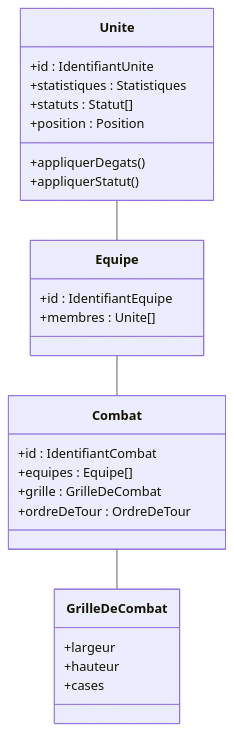
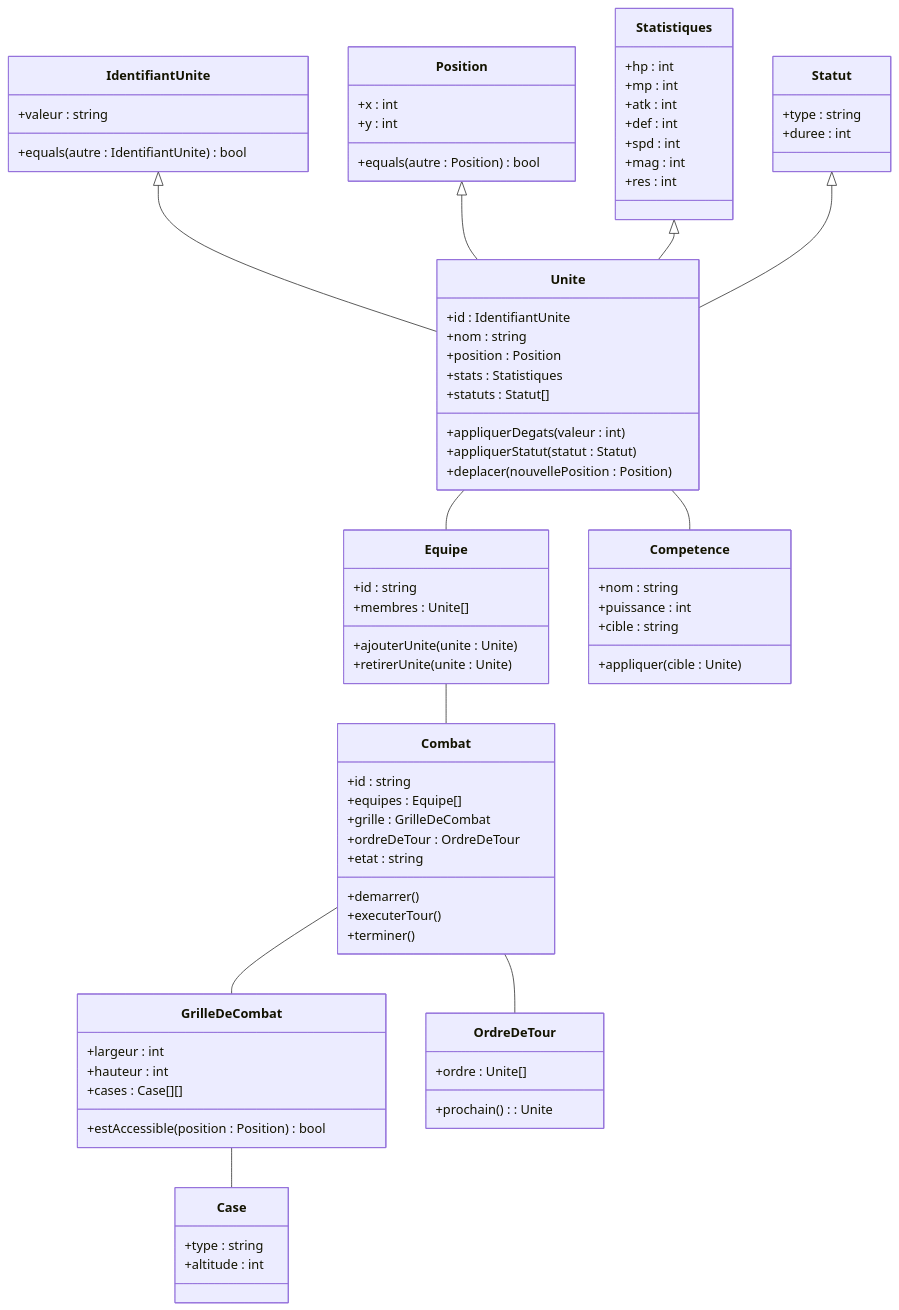
One commit to Gaetan1303/Aether-Engine changed the diagram in doc/diagramme de classe.md. Above: the diagram before and after it, drawn with Mermaid. The commit also changed other lines of this file and 15 other files, not shown here.

Commit message:
création des mermaid et des test unitaires

````diff
--- a/doc/diagramme de classe.md
+++ b/doc/diagramme de classe.md
@@ -3,29 +3,81 @@
 ```mermaid
 classDiagram
+class IdentifiantUnite {
+  +valeur : string
+  +equals(autre : IdentifiantUnite) bool
+}
+class Position {
+  +x : int
+  +y : int
+  +equals(autre : Position) bool
+}
+class Statistiques {
+  +hp : int
+  +mp : int
+  +atk : int
+  +def : int
+  +spd : int
+  +mag : int
+  +res : int
+}
 class Unite {
   +id : IdentifiantUnite
-  +statistiques : Statistiques
+  +nom : string
+  +position : Position
+  +stats : Statistiques
   +statuts : Statut[]
-  +position : Position
-  +appliquerDegats()
-  +appliquerStatut()
+  +appliquerDegats(valeur : int)
+  +appliquerStatut(statut : Statut)
+  +deplacer(nouvellePosition : Position)
+}
+class Statut {
+  +type : string
+  +duree : int
 }
 class Equipe {
-  +id : IdentifiantEquipe
+  +id : string
   +membres : Unite[]
+  +ajouterUnite(unite : Unite)
+  +retirerUnite(unite : Unite)
+}
+class Competence {
+  +nom : string
+  +puissance : int
+  +cible : string
+  +appliquer(cible : Unite)
 }
 class GrilleDeCombat {
-  +largeur
-  +hauteur
-  +cases
+  +largeur : int
+  +hauteur : int
+  +cases : Case[][]
+  +estAccessible(position : Position) bool
+}
+class Case {
+  +type : string
+  +altitude : int
+}
+class OrdreDeTour {
+  +ordre : Unite[]
+  +prochain() : Unite
 }
 class Combat {
-  +id : IdentifiantCombat
+  +id : string
   +equipes : Equipe[]
   +grille : GrilleDeCombat
   +ordreDeTour : OrdreDeTour
+  +etat : string
+  +demarrer()
+  +executerTour()
+  +terminer()
 }
+IdentifiantUnite <|-- Unite
+Position <|-- Unite
+Statistiques <|-- Unite
+Statut <|-- Unite
 Unite -- Equipe
 Equipe -- Combat
 Combat -- GrilleDeCombat
+GrilleDeCombat -- Case
+Combat -- OrdreDeTour
+Unite -- Competence
 ```
````
